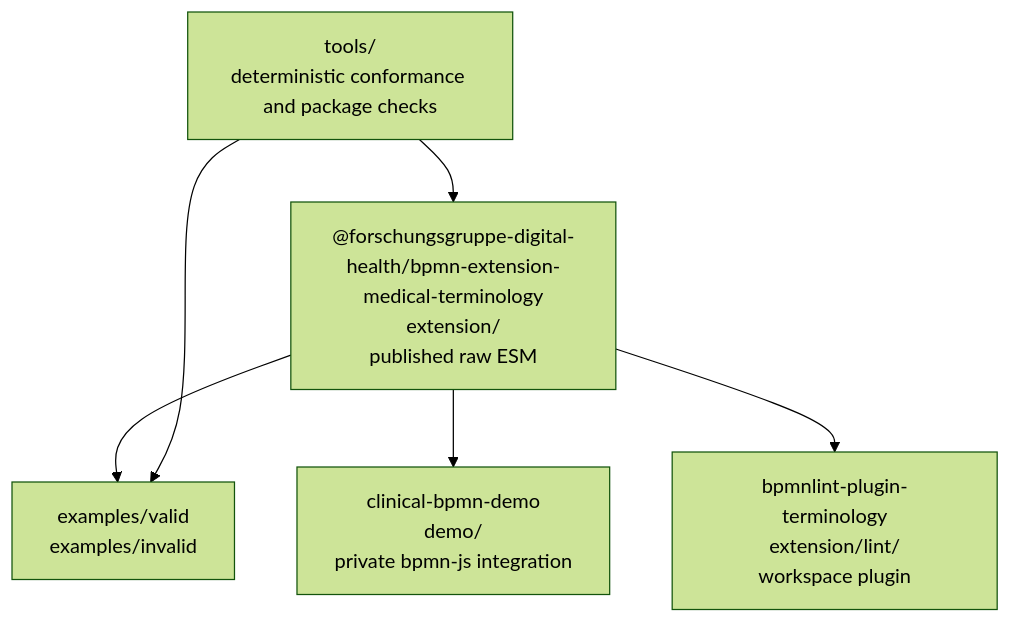
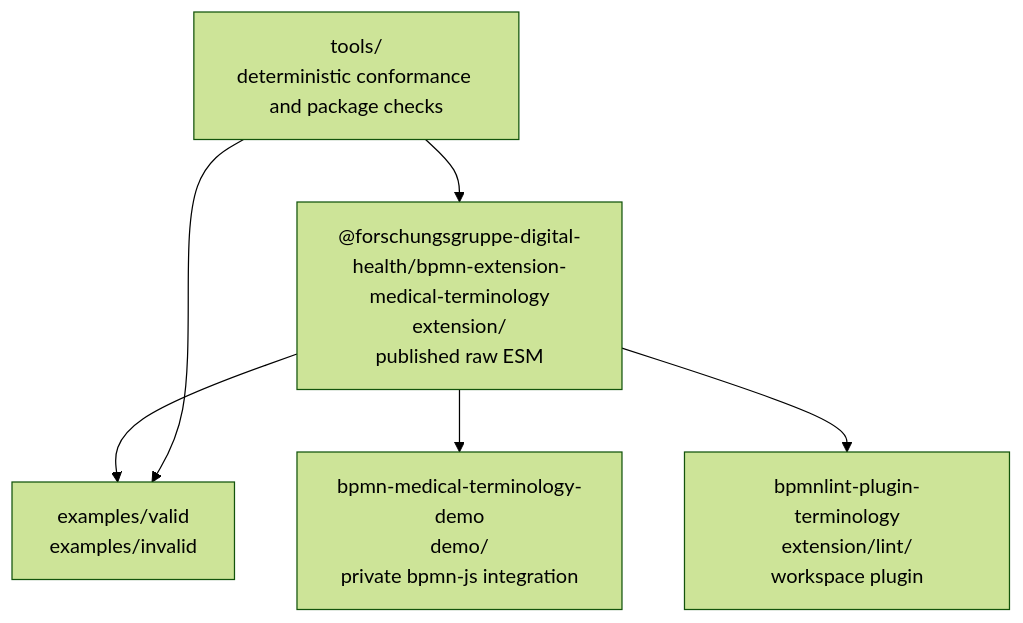
Before and after one commit to forschungsgruppe-digital-health/bpmn-extension-medical-terminology: the first of 2 diagrams in docs/arc42/05_building_block_view.md, drawn with Mermaid (forest theme). The commit also changed other lines of this file and 91 other files, not shown here.

Commit message:
refactor: align medical terminology naming

````diff
--- a/docs/arc42/05_building_block_view.md
+++ b/docs/arc42/05_building_block_view.md
@@ -8,13 +8,13 @@
 ```mermaid
 graph TB
     EXT["@forschungsgruppe-digital-health/bpmn-extension-medical-terminology<br/>extension/<br/>published raw ESM"]
-    DEMO["clinical-bpmn-demo<br/>demo/<br/>private bpmn-js integration"]
+    DEMO["bpmn-medical-terminology-demo<br/>demo/<br/>private bpmn-js integration"]
     LINT["bpmnlint-plugin-terminology<br/>extension/lint/<br/>workspace plugin"]
     FIX["examples/valid<br/>examples/invalid"]
     TOOLS["tools/<br/>deterministic conformance and package checks"]
     EXT --> DEMO
     EXT --> LINT
     EXT --> FIX
     TOOLS --> FIX
     TOOLS --> EXT
 ```
````
